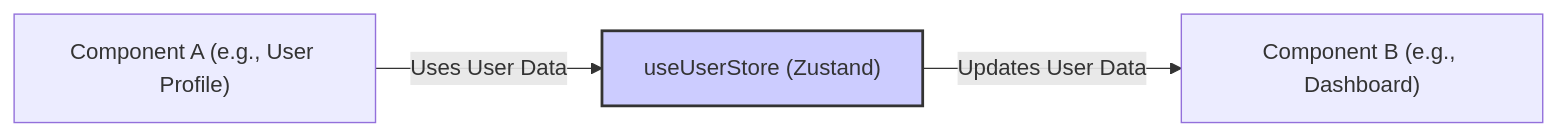
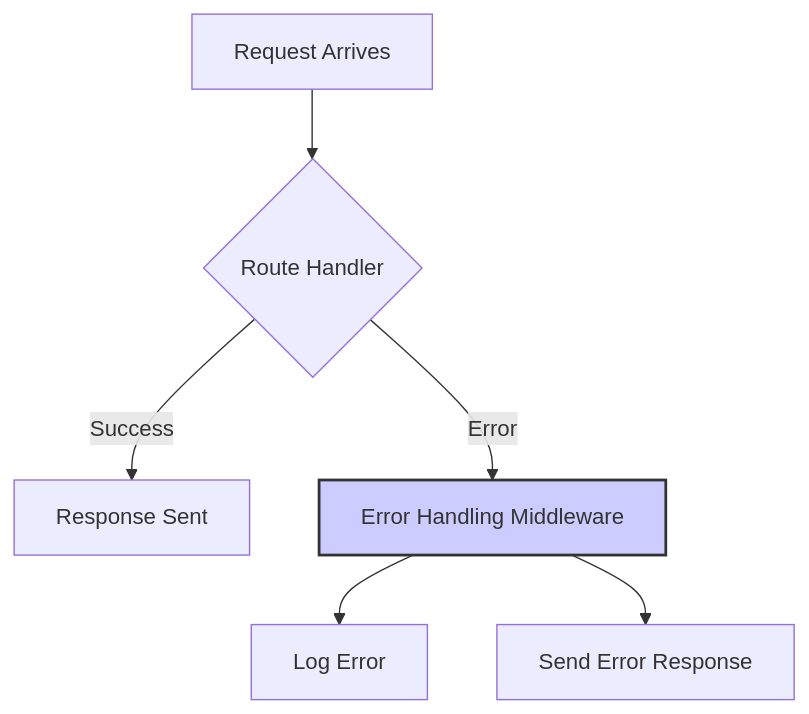
One commit to devbh04/testing changed the seventh of 8 diagrams in README.md. Above: the diagram before and after it, drawn with Mermaid. The commit also changed other lines of this file, not shown here.

````diff
--- a/README.md
+++ b/README.md
@@ -1703,6 +1089,9 @@
 ```mermaid
-flowchart LR
-    A["Component A (e.g., User Profile)"] -- Uses User Data --> B["useUserStore (Zustand)"]
-    B -- Updates User Data --> C["Component B (e.g., Dashboard)"]
-    style B fill:#ccf,stroke:#333,stroke-width:2px
+flowchart TD
+    A["Request Arrives"] --> B{Route Handler}
+    B -- Success --> C["Response Sent"]
+    B -- Error --> D["Error Handling Middleware"]
+    D --> E["Log Error"]
+    D --> F["Send Error Response"]
+    style D fill:#ccf,stroke:#333,stroke-width:2px
 ```
````
